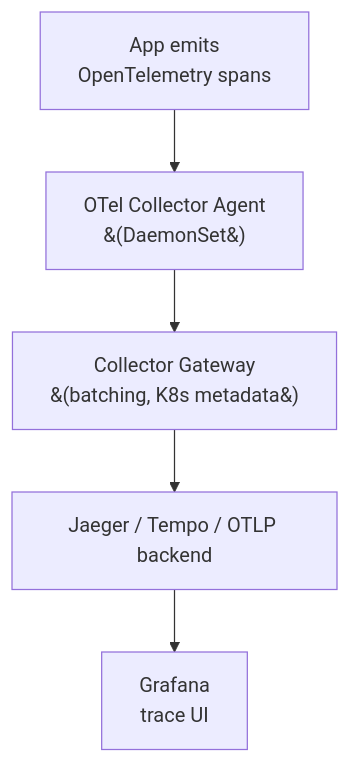
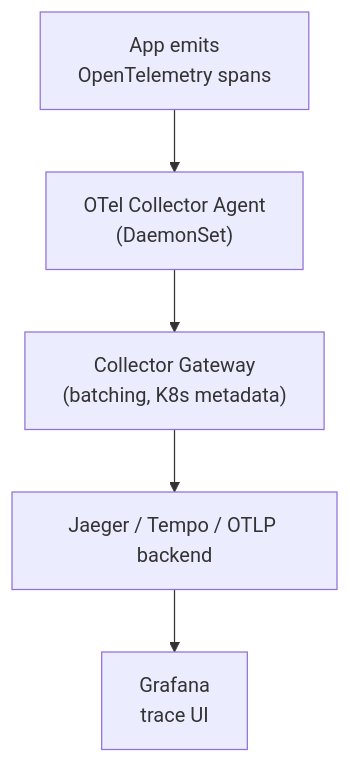
The fourth of 4 diagrams in 13-observability/monitoring-fundamentals.md (WhoisMonesh/K8S-Everything), drawn with Mermaid before and after one commit. The commit also changed 15 other files, not shown here.

First line of the commit message:
Fix Mermaid parentheses syntax - use quoted labels

````diff
--- a/13-observability/monitoring-fundamentals.md
+++ b/13-observability/monitoring-fundamentals.md
@@ -139,7 +139,7 @@
 ```mermaid
 graph TD
-    A[App emits<br/>OpenTelemetry spans] --> B[OTel Collector Agent<br/>&#40;DaemonSet&#41;]
-    B --> C[Collector Gateway<br/>&#40;batching, K8s metadata&#41;]
+    A[App emits<br/>OpenTelemetry spans] --> B["OTel Collector Agent<br/>(DaemonSet)"]
+    B --> C["Collector Gateway<br/>(batching, K8s metadata)"]
     C --> D[Jaeger / Tempo / OTLP backend]
     D --> E[Grafana<br/>trace UI]
 ```
````
